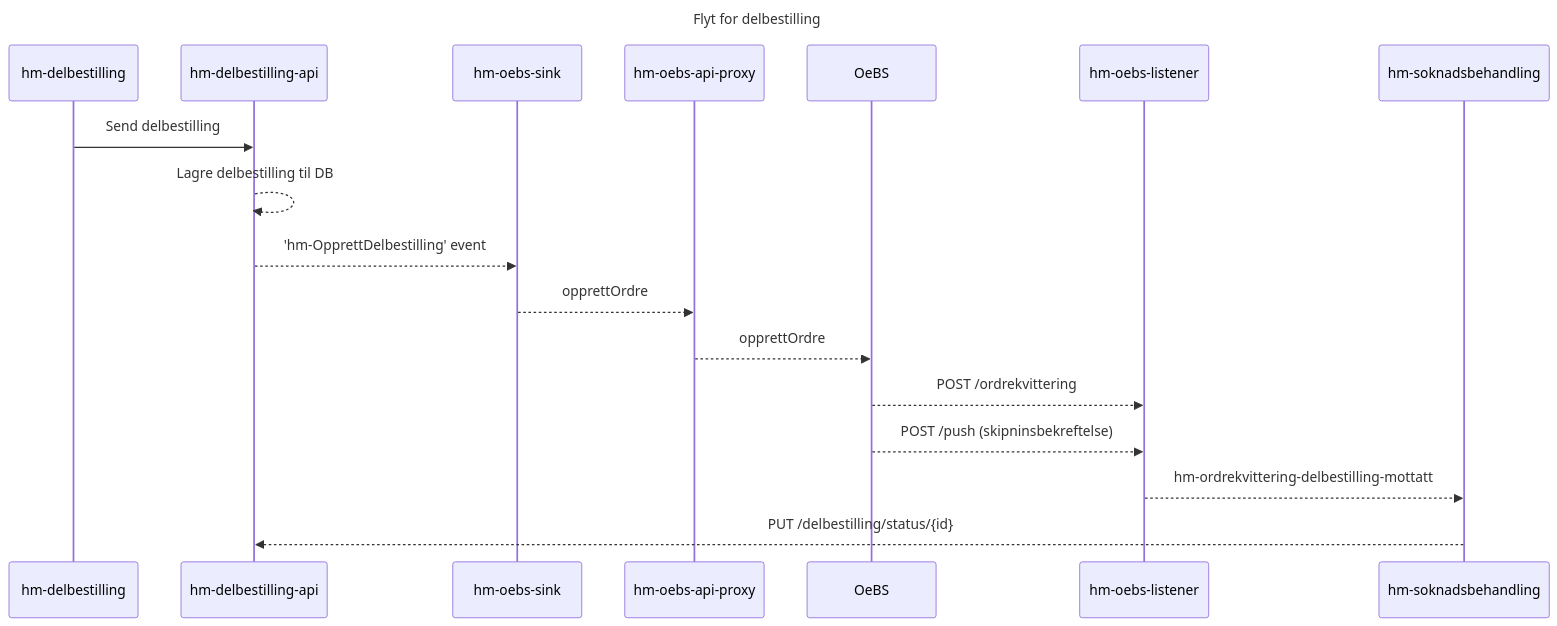
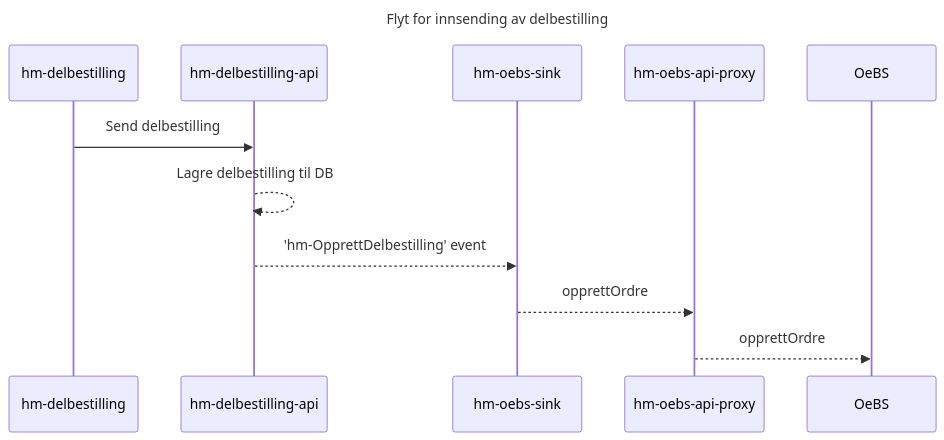
Before and after one commit to navikt/hm-delbestilling: the first of 3 diagrams in README.md, drawn with Mermaid. The commit also changed other lines of this file, not shown here.

Commit message:
Oppdater flytdiagram for skipningsbekreftelse

````diff
--- a/README.md
+++ b/README.md
@@ -28,17 +28,12 @@
 ```mermaid
 ---
-title: Flyt for delbestilling
+title: Flyt for innsending av delbestilling
 ---
 
 sequenceDiagram;
     hm-delbestilling->>hm-delbestilling-api: Send delbestilling;
     hm-delbestilling-api-->>hm-delbestilling-api: Lagre delbestilling til DB;
     hm-delbestilling-api-->>hm-oebs-sink: 'hm-OpprettDelbestilling' event;
     hm-oebs-sink-->>hm-oebs-api-proxy: opprettOrdre;
     hm-oebs-api-proxy-->>OeBS: opprettOrdre;
-
-    OeBS-->>hm-oebs-listener: POST /ordrekvittering;
-    OeBS-->>hm-oebs-listener: POST /push (skipninsbekreftelse)
-    hm-oebs-listener-->>hm-soknadsbehandling: hm-ordrekvittering-delbestilling-mottatt
-    hm-soknadsbehandling-->>hm-delbestilling-api: PUT /delbestilling/status/{id}
 ```
````
